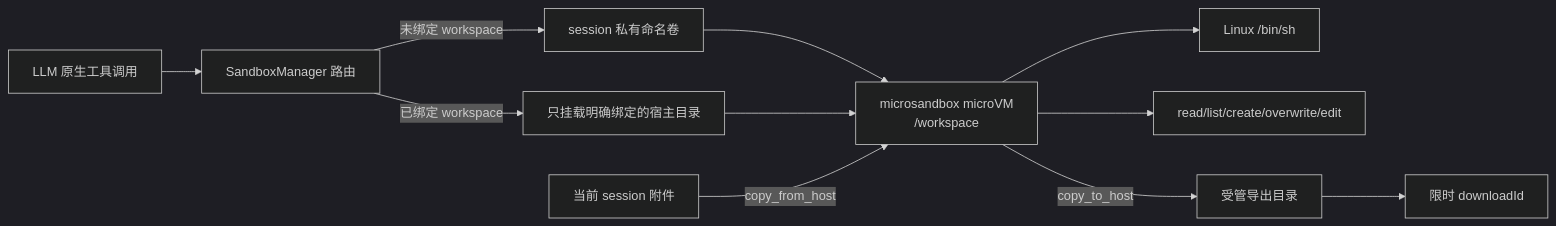
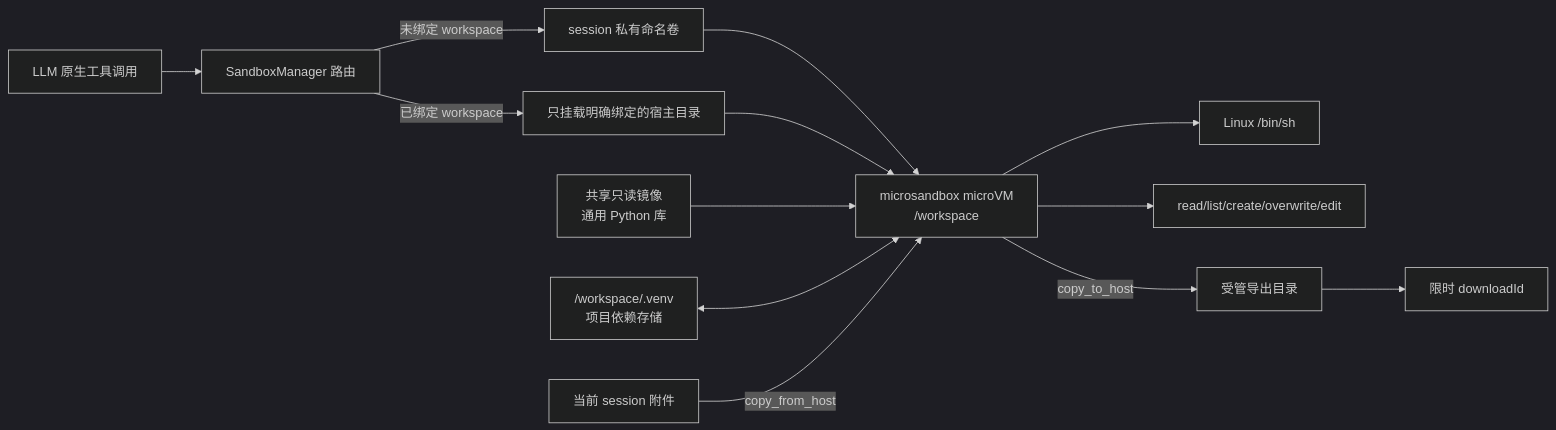
The diagram in docs/sandbox-architecture.md (DOGOGOD/SJTUClaw), drawn with Mermaid (dark theme) before and after one commit. The commit also changed other lines of this file and 30 other files, not shown here.

````diff
--- a/docs/sandbox-architecture.md
+++ b/docs/sandbox-architecture.md
@@ -12,13 +12,15 @@
 ```mermaid
 flowchart LR
     LLM["LLM 原生工具调用"] --> Router["SandboxManager 路由"]
     Router -->|"未绑定 workspace"| Private["session 私有命名卷"]
     Router -->|"已绑定 workspace"| Bind["只挂载明确绑定的宿主目录"]
     Private --> VM["microsandbox microVM<br/>/workspace"]
     Bind --> VM
+    Image["共享只读镜像<br/>通用 Python 库"] --> VM
+    Project["/workspace/.venv<br/>项目依赖存储"] <--> VM
     VM --> Shell["Linux /bin/sh"]
     VM --> Files["read/list/create/overwrite/edit"]
     Upload["当前 session 附件"] -->|"copy_from_host"| VM
     VM -->|"copy_to_host"| Export["受管导出目录"]
     Export --> Download["限时 downloadId"]
 ```
````
